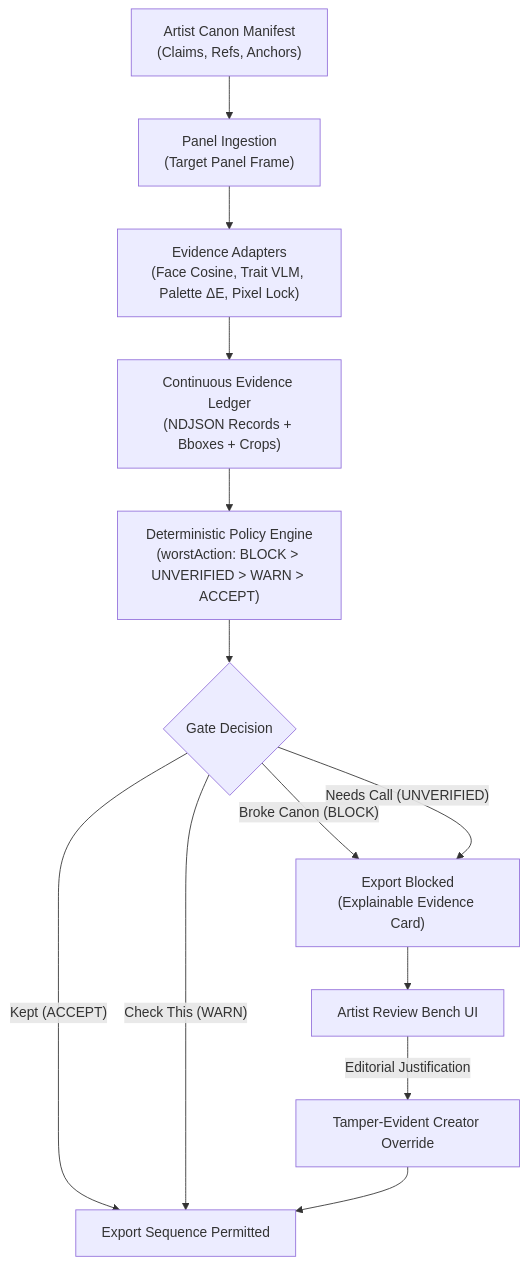
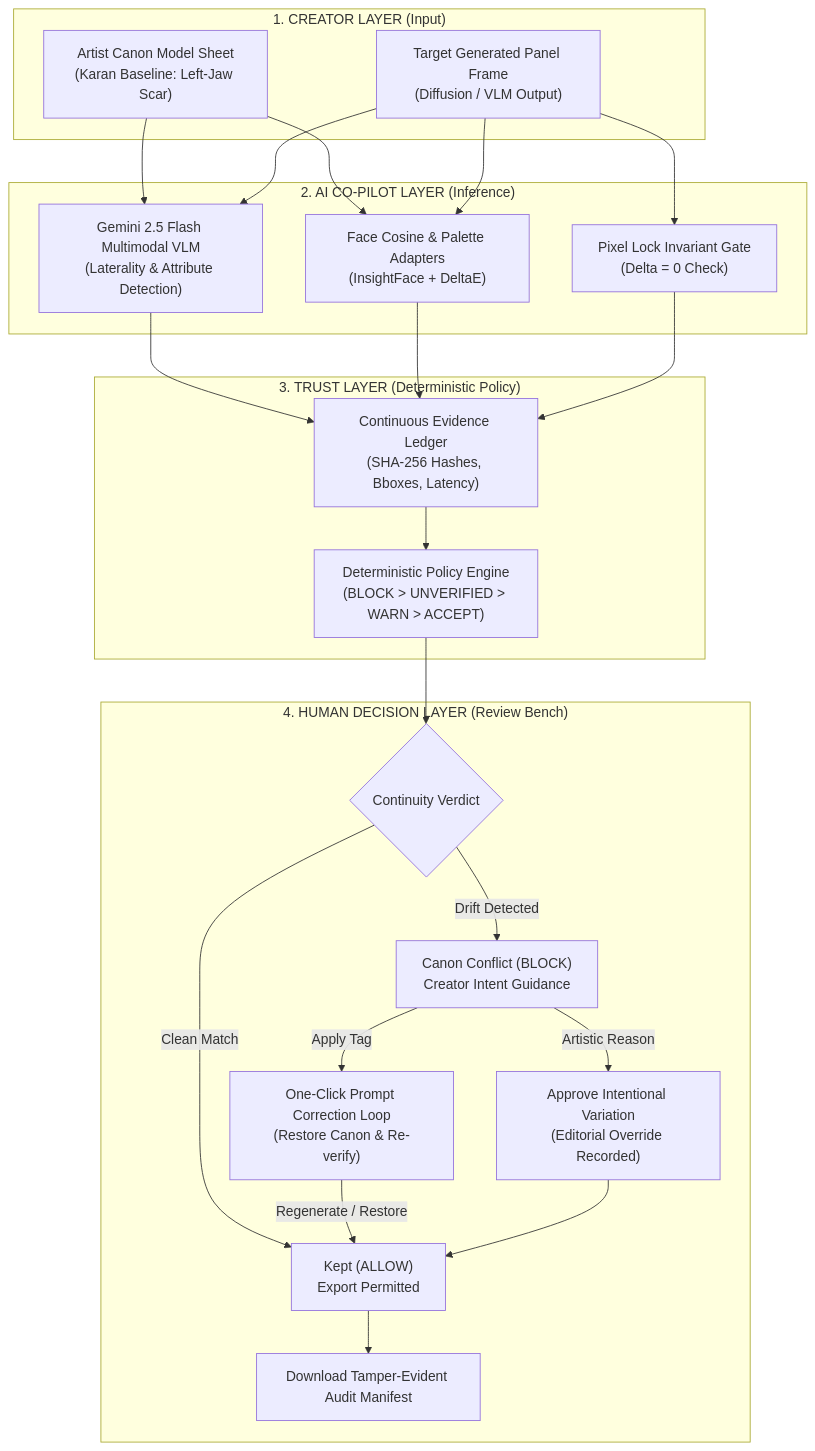
One commit to koshalsoni87914/panelproof changed the diagram in README.md. Above: the diagram before and after it, drawn with Mermaid. The commit also changed other lines of this file and 8 other files, not shown here.

Commit message:
feat(co-pilot): elevate Theme 04 creative co-pilot UX with creator intent guidance and prompt correction loop

````diff
--- a/README.md
+++ b/README.md
@@ -44,15 +56,45 @@
 ```mermaid
 flowchart TD
-    A["Artist Canon Manifest\n(Claims, Refs, Anchors)"] --> B["Panel Ingestion\n(Target Panel Frame)"]
-    B --> C["Evidence Adapters\n(Face Cosine, Trait VLM, Palette ΔE, Pixel Lock)"]
-    C --> D["Continuous Evidence Ledger\n(NDJSON Records + Bboxes + Crops)"]
-    D --> E["Deterministic Policy Engine\n(worstAction: BLOCK > UNVERIFIED > WARN > ACCEPT)"]
-    E --> F{"Gate Decision"}
-    F -->|"Kept (ACCEPT)"| G["Export Sequence Permitted"]
-    F -->|"Check This (WARN)"| G
-    F -->|"Broke Canon (BLOCK)"| H["Export Blocked\n(Explainable Evidence Card)"]
-    F -->|"Needs Call (UNVERIFIED)"| H
-    H --> I["Artist Review Bench UI"]
-    I -->|"Editorial Justification"| J["Tamper-Evident Creator Override"]
-    J --> G
+    subgraph L1["1. CREATOR LAYER (Input)"]
+        A["Artist Canon Model Sheet\n(Karan Baseline: Left-Jaw Scar)"]
+        B["Target Generated Panel Frame\n(Diffusion / VLM Output)"]
+    end
+
+    subgraph L2["2. AI CO-PILOT LAYER (Inference)"]
+        C["Gemini 2.5 Flash Multimodal VLM\n(Laterality & Attribute Detection)"]
+        D["Face Cosine & Palette Adapters\n(InsightFace + DeltaE)"]
+        E["Pixel Lock Invariant Gate\n(Delta = 0 Check)"]
+    end
+
+    subgraph L3["3. TRUST LAYER (Deterministic Policy)"]
+        F["Continuous Evidence Ledger\n(SHA-256 Hashes, Bboxes, Latency)"]
+        G["Deterministic Policy Engine\n(BLOCK > UNVERIFIED > WARN > ACCEPT)"]
+    end
+
+    subgraph L4["4. HUMAN DECISION LAYER (Review Bench)"]
+        H{"Continuity Verdict"}
+        I["Kept (ALLOW)\nExport Permitted"]
+        J["Canon Conflict (BLOCK)\nCreator Intent Guidance"]
+        K["One-Click Prompt Correction Loop\n(Restore Canon & Re-verify)"]
+        L["Approve Intentional Variation\n(Editorial Override Recorded)"]
+        M["Download Tamper-Evident Audit Manifest"]
+    end
+
+    A --> C
+    B --> C
+    A --> D
+    B --> D
+    B --> E
+    C --> F
+    D --> F
+    E --> F
+    F --> G
+    G --> H
+    H -->|"Clean Match"| I
+    H -->|"Drift Detected"| J
+    J -->|"Apply Tag"| K
+    K -->|"Regenerate / Restore"| I
+    J -->|"Artistic Reason"| L
+    L --> I
+    I --> M
 ```
````
